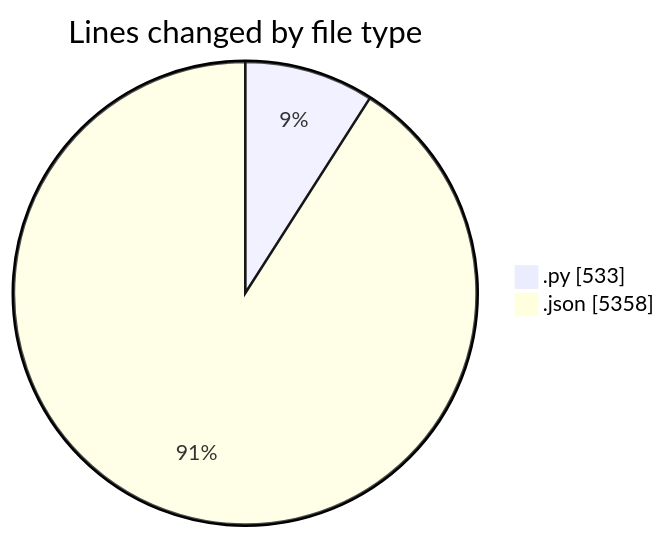
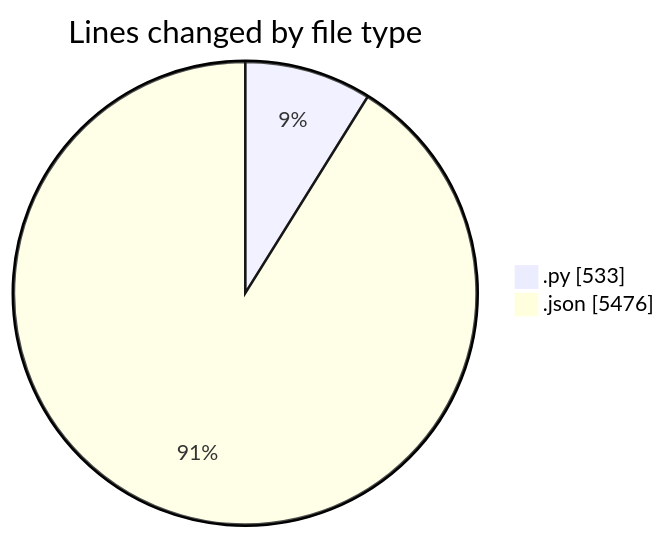
The first of 2 diagrams in 2025-08-27/_claude/README.md (EIIisD/code-tracking), drawn with Mermaid before and after one commit. The commit also changed other lines of this file and 1 other file, not shown here.

````diff
--- a/2025-08-27/_claude/README.md
+++ b/2025-08-27/_claude/README.md
@@ -22,6 +22,6 @@
 ```mermaid
 pie showData
 title Lines changed by file type
 ".py" : 533
-".json" : 5358
+".json" : 5476
 ```
````
